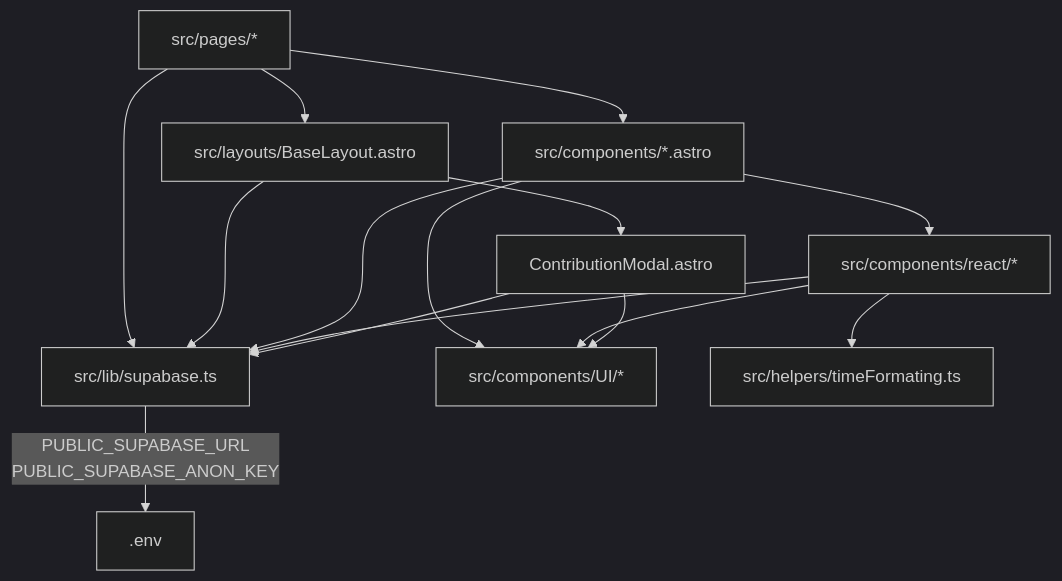
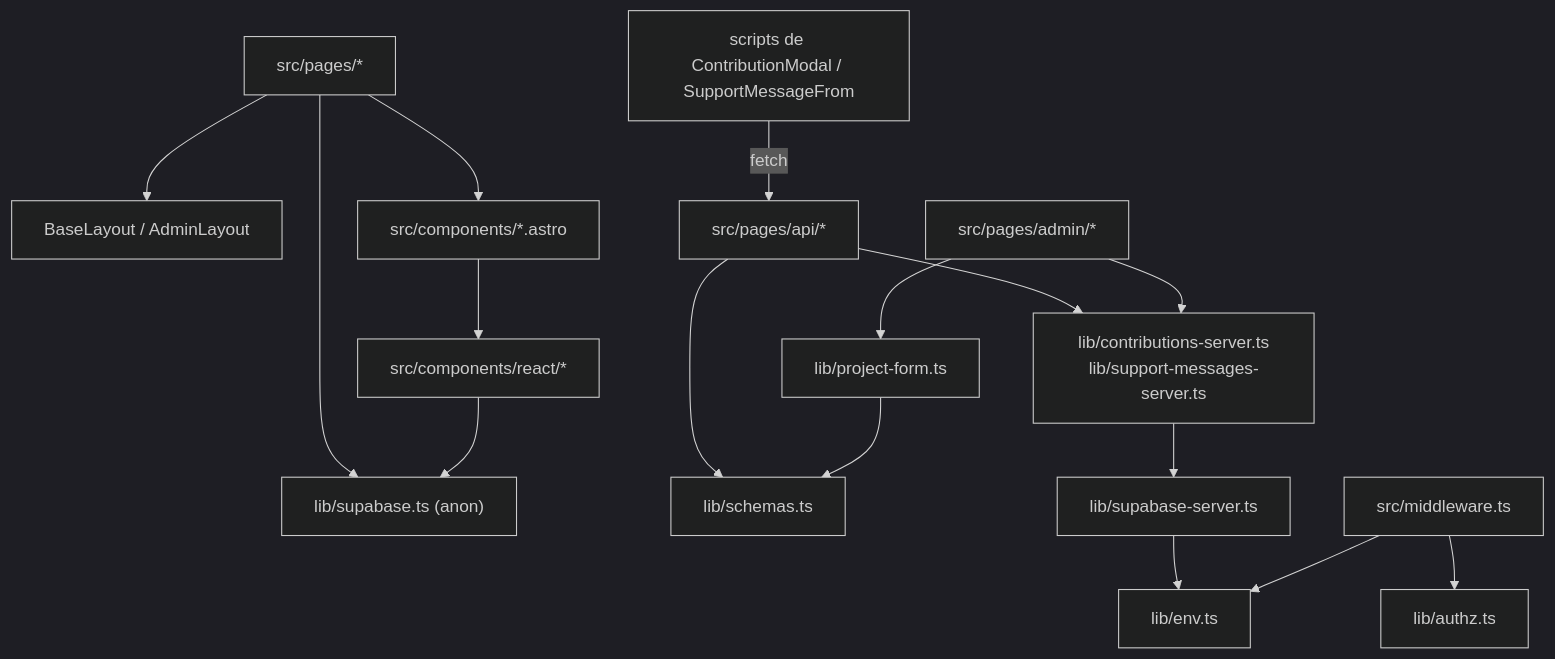
Before and after one commit to GallardoNr1/gallardo-crowdfunding: the diagram in docs/FILE-MAP.md, drawn with Mermaid (dark theme). The commit also changed other lines of this file and 10 other files, not shown here.

````diff
--- a/docs/FILE-MAP.md
+++ b/docs/FILE-MAP.md
@@ -78,22 +99,15 @@
 ```mermaid
 graph TD
-    Pages["src/pages/*"] --> Layouts["src/layouts/BaseLayout.astro"]
+    Pages["src/pages/*"] --> Layouts["BaseLayout / AdminLayout"]
     Pages --> Components["src/components/*.astro"]
-    Pages --> Supabase["src/lib/supabase.ts"]
-
-    Layouts --> Supabase
-    Layouts --> ContributionModal["ContributionModal.astro"]
-
-    Components --> Supabase
-    Components --> ReactIslands["src/components/react/*"]
-    Components --> UIComponents["src/components/UI/*"]
-
-    ReactIslands --> Supabase
-    ReactIslands --> Helpers["src/helpers/timeFormating.ts"]
-    ReactIslands --> UIComponents
-
-    ContributionModal --> Supabase
-    ContributionModal --> UIComponents
-
-    Supabase -->|"PUBLIC_SUPABASE_URL<br/>PUBLIC_SUPABASE_ANON_KEY"| ENV[".env"]
+    Pages --> SupabaseRead["lib/supabase.ts (anon)"]
+    Api["src/pages/api/*"] --> Schemas["lib/schemas.ts"]
+    Api --> Servers["lib/contributions-server.ts<br/>lib/support-messages-server.ts"]
+    Admin["src/pages/admin/*"] --> Servers
+    Admin --> ProjectForm["lib/project-form.ts"] --> Schemas
+    Servers --> AdminClient["lib/supabase-server.ts"] --> Env["lib/env.ts"]
+    Middleware["src/middleware.ts"] --> Env
+    Middleware --> Authz["lib/authz.ts"]
+    Components --> ReactIslands["src/components/react/*"] --> SupabaseRead
+    ClientScripts["scripts de ContributionModal / SupportMessageFrom"] -->|fetch| Api
 ```
````
